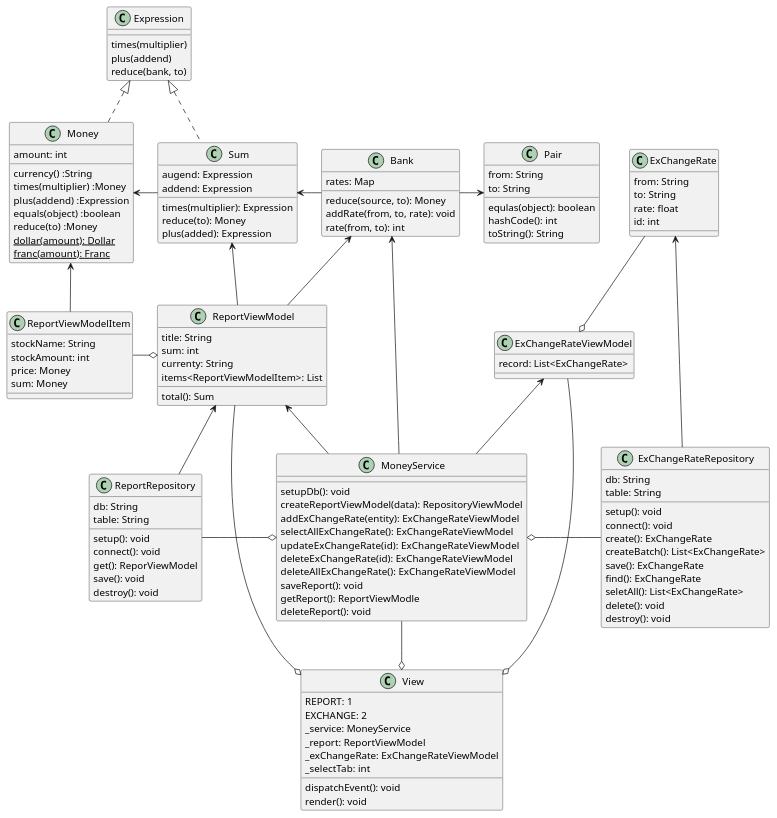
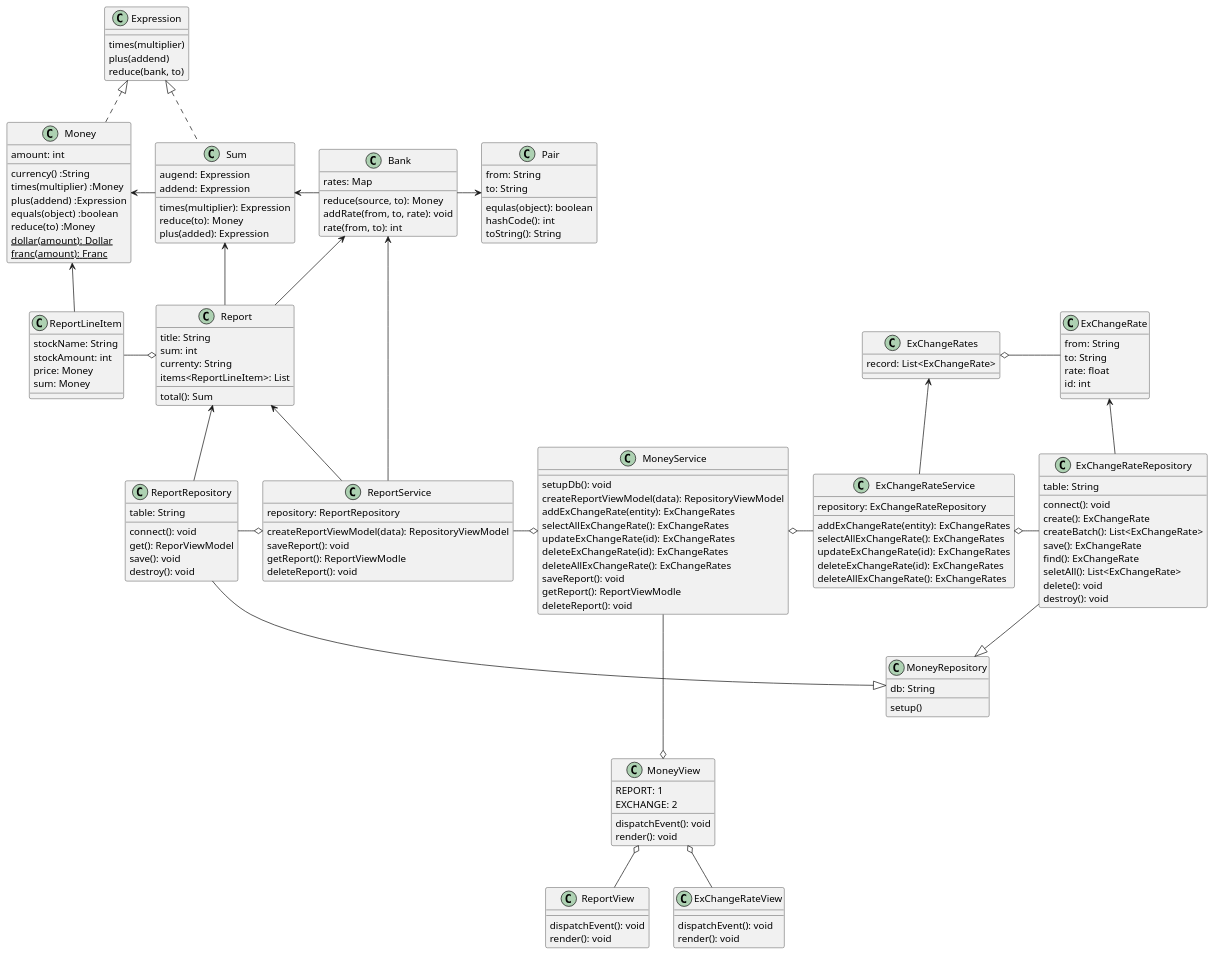
One commit to hiroshima-arc/pragmatic_programing changed the diagram in docs/src/spec/the_money_example.adoc. Above: the diagram before and after it, drawn with PlantUML. The commit also changed other lines of this file and 4 other files, not shown here.

```diff
--- a/docs/src/spec/the_money_example.adoc
+++ b/docs/src/spec/the_money_example.adoc
@@ -117,47 +123,62 @@
   rate: float
   id: int
 }
-class ReportViewModel {
+class Report {
   title: String
   sum: int
   currenty: String
-  items<ReportViewModelItem>: List
+  items<ReportLineItem>: List
   total(): Sum
 }
-class ReportViewModelItem {
+class ReportLineItem {
   stockName: String
   stockAmount: int
   price: Money
   sum: Money
 }
-class ExChangeRateViewModel {
+class ExChangeRates {
   record: List<ExChangeRate>
 }
 class MoneyService {
   setupDb(): void
   createReportViewModel(data): RepositoryViewModel
-  addExChangeRate(entity): ExChangeRateViewModel
-  selectAllExChangeRate(): ExChangeRateViewModel
-  updateExChangeRate(id):  ExChangeRateViewModel
-  deleteExChangeRate(id): ExChangeRateViewModel
-  deleteAllExChangeRate(): ExChangeRateViewModel
+  addExChangeRate(entity): ExChangeRates
+  selectAllExChangeRate(): ExChangeRates
+  updateExChangeRate(id):  ExChangeRates
+  deleteExChangeRate(id): ExChangeRates
+  deleteAllExChangeRate(): ExChangeRates
   saveReport(): void
   getReport(): ReportViewModle
   deleteReport(): void
 }
+class ReportService {
+  repository: ReportRepository
+  createReportViewModel(data): RepositoryViewModel
+  saveReport(): void
+  getReport(): ReportViewModle
+  deleteReport(): void
+}
+class ExChangeRateService {
+  repository: ExChangeRateRepository
+  addExChangeRate(entity): ExChangeRates
+  selectAllExChangeRate(): ExChangeRates
+  updateExChangeRate(id):  ExChangeRates
+  deleteExChangeRate(id): ExChangeRates
+  deleteAllExChangeRate(): ExChangeRates
+}
+class MoneyRepository {
+  db: String
+  setup()
+}
 class ReportRepository {
-  db: String
   table: String
-  setup(): void
   connect(): void
   get(): ReporViewModel
   save(): void
   destroy(): void
 }
 class ExChangeRateRepository {
-  db: String
   table: String
-  setup(): void
   connect(): void
   create(): ExChangeRate
   createBatch(): List<ExChangeRate>
@@ -167,13 +188,17 @@
   delete(): void
   destroy(): void
 }
-class View {
+class MoneyView {
   REPORT: 1
   EXCHANGE: 2
-  _service: MoneyService
-  _report: ReportViewModel
-  _exChangeRate: ExChangeRateViewModel
-  _selectTab: int
+  dispatchEvent(): void
+  render(): void
+}
+class ReportView {
+  dispatchEvent(): void
+  render(): void
+}
+class ExChangeRateView {
   dispatchEvent(): void
   render(): void
 }
@@ -182,19 +207,23 @@
 Money <- Sum
 Sum <- Bank
 Bank -> Pair
-Bank <-- ReportViewModel
-Sum <-- ReportViewModel
-Money <-- ReportViewModelItem
-ExChangeRate --o ExChangeRateViewModel
-ExChangeRateViewModel <-- MoneyService
-ExChangeRate <- ExChangeRateRepository
-ReportRepository -o MoneyService
-ReportViewModel <- ReportRepository
-MoneyService o- ExChangeRateRepository
-ReportViewModelItem -o ReportViewModel
-ReportViewModel <-- MoneyService
-Bank <-- MoneyService
-MoneyService --o View
-ReportViewModel --o View
-ExChangeRateViewModel --o View
+Bank <-- Report
+Sum <-- Report
+Money <-- ReportLineItem
+ExChangeRates o- ExChangeRate
+ReportService -o MoneyService 
+MoneyService o- ExChangeRateService
+ExChangeRates <-- ExChangeRateService
+ExChangeRate <-- ExChangeRateRepository
+ReportRepository -o ReportService
+Report <- ReportRepository
+ExChangeRateService o- ExChangeRateRepository
+ReportRepository --|> MoneyRepository 
+ExChangeRateRepository --|> MoneyRepository 
+ReportLineItem -o Report
+Report <-- ReportService
+Bank <-- ReportService
+MoneyService ---o MoneyView
+MoneyView o-- ExChangeRateView
+MoneyView o-- ReportView
 ----
```
